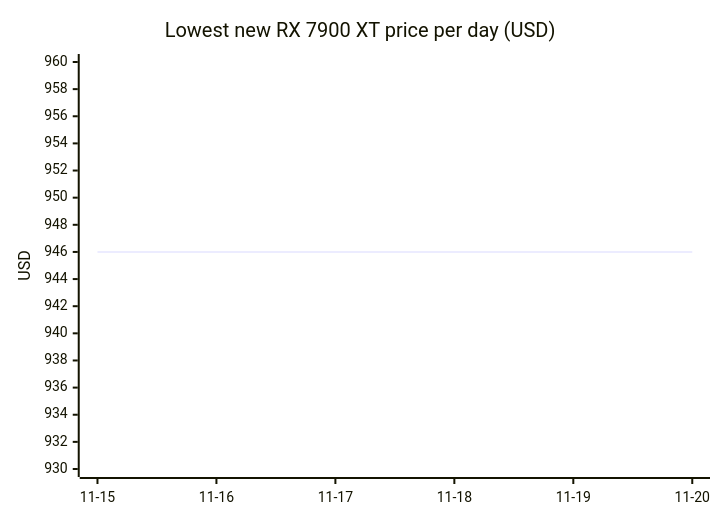
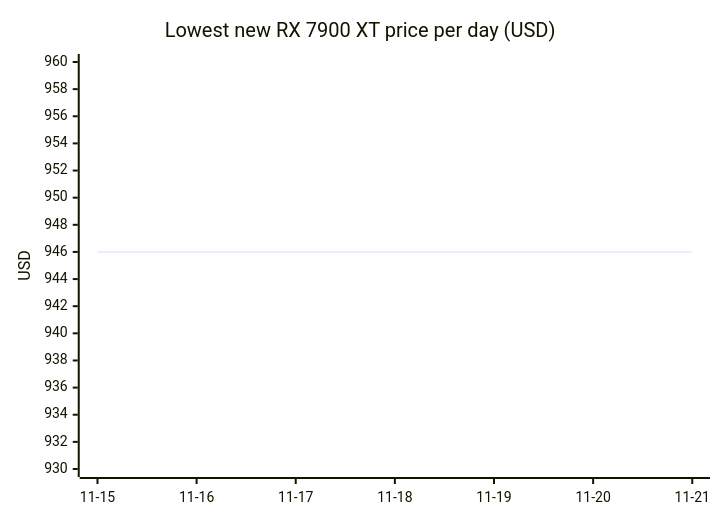
Diagram 14 of 18 in README.md (7324136828/4tb_ssd_price_watch), drawn with Mermaid before and after one commit. The commit also changed other lines of this file, not shown here.

````diff
--- a/README.md
+++ b/README.md
@@ -1026,7 +1079,7 @@
 ```mermaid
 xychart-beta
     title "Lowest new RX 7900 XT price per day (USD)"
-    x-axis ["11-15", "11-16", "11-17", "11-18", "11-19", "11-20"]
+    x-axis ["11-15", "11-16", "11-17", "11-18", "11-19", "11-20", "11-21"]
     y-axis "USD" 930 --> 960
-    line [946.00, 946.00, 946.00, 946.00, 946.00, 946.00]
+    line [946.00, 946.00, 946.00, 946.00, 946.00, 946.00, 946.00]
 ```
````
